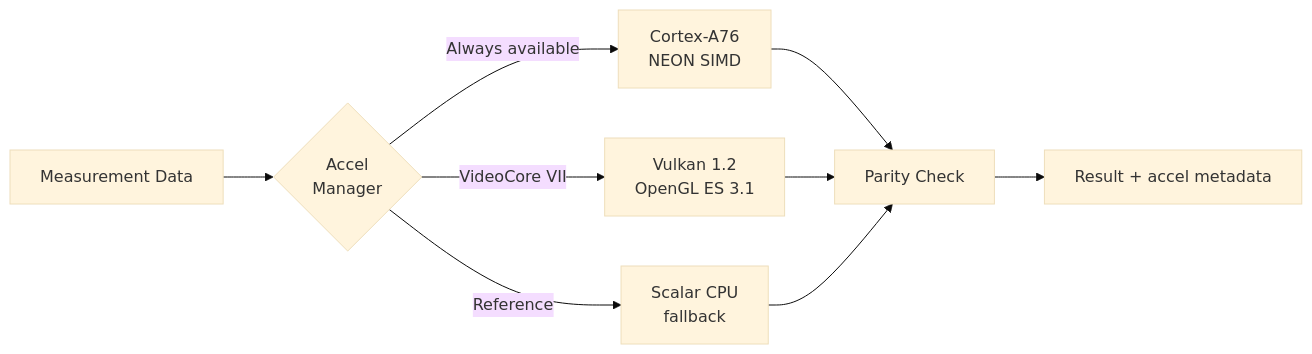
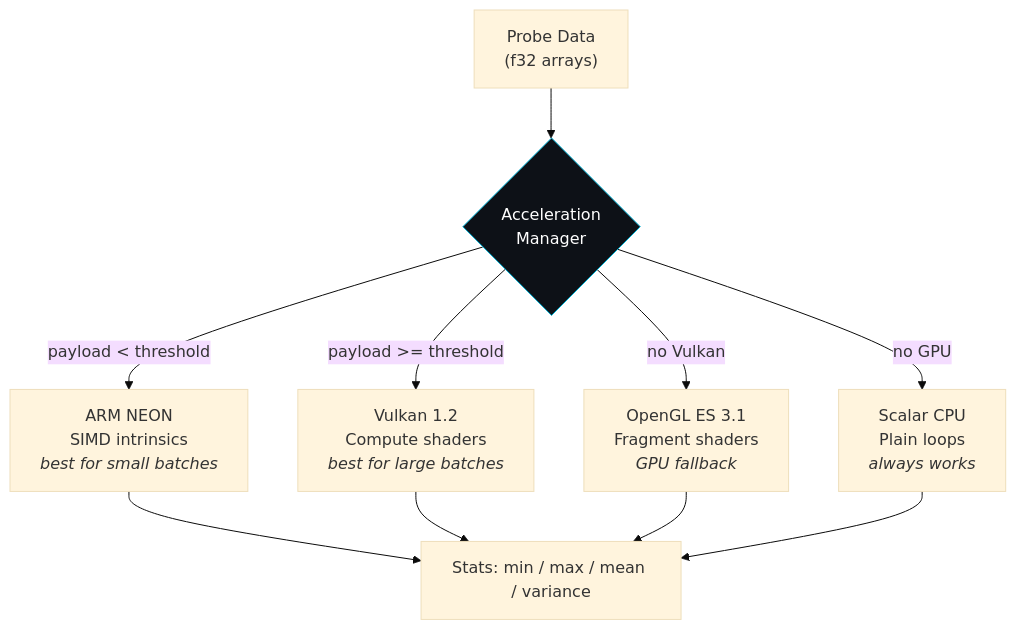
The fourth of 5 diagrams in README.md (ParkWardRR/PacketParamedic), drawn with Mermaid (base theme) before and after one commit. The commit also changed other lines of this file, not shown here.

````diff
--- a/README.md
+++ b/README.md
@@ -134,11 +238,25 @@
 ```mermaid
-graph LR
-    Input["Measurement Data"] --> Manager{"Accel<br/>Manager"}
-    Manager -->|"Always available"| NEON["Cortex-A76<br/>NEON SIMD"]
-    Manager -->|"VideoCore VII"| GPU["Vulkan 1.2<br/>OpenGL ES 3.1"]
-    Manager -->|"Reference"| CPU["Scalar CPU<br/>fallback"]
-    NEON --> Verify["Parity Check"]
-    GPU --> Verify
-    CPU --> Verify
-    Verify --> Output["Result + accel metadata"]
+flowchart TD
+    DATA["Probe Data<br/>(f32 arrays)"]
+    MGR{"Acceleration<br/>Manager"}
+
+    NEON["ARM NEON<br/>SIMD intrinsics<br/><i>best for small batches</i>"]
+    VK["Vulkan 1.2<br/>Compute shaders<br/><i>best for large batches</i>"]
+    GL["OpenGL ES 3.1<br/>Fragment shaders<br/><i>GPU fallback</i>"]
+    CPU["Scalar CPU<br/>Plain loops<br/><i>always works</i>"]
+
+    RESULT["Stats: min / max / mean / variance"]
+
+    DATA --> MGR
+    MGR -->|"payload < threshold"| NEON
+    MGR -->|"payload >= threshold"| VK
+    MGR -->|"no Vulkan"| GL
+    MGR -->|"no GPU"| CPU
+
+    NEON --> RESULT
+    VK --> RESULT
+    GL --> RESULT
+    CPU --> RESULT
+
+    style MGR fill:#0d1117,stroke:#00b4d8,color:#fff
 ```
````
